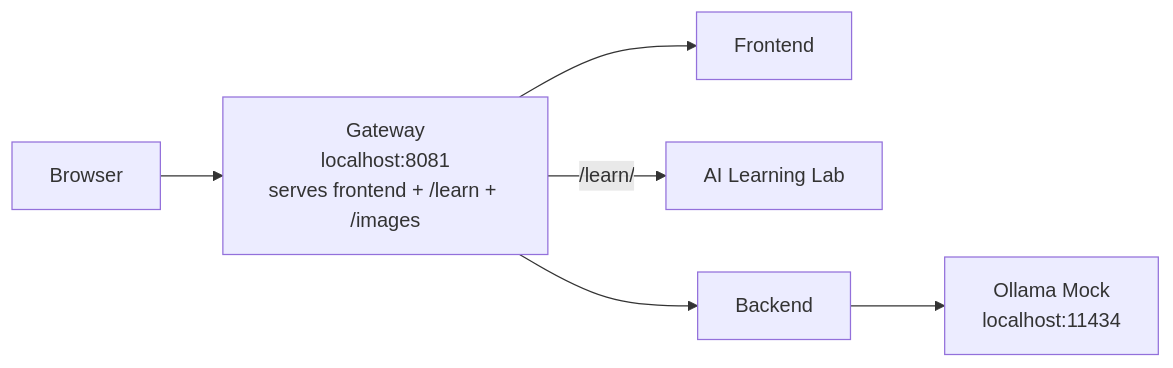
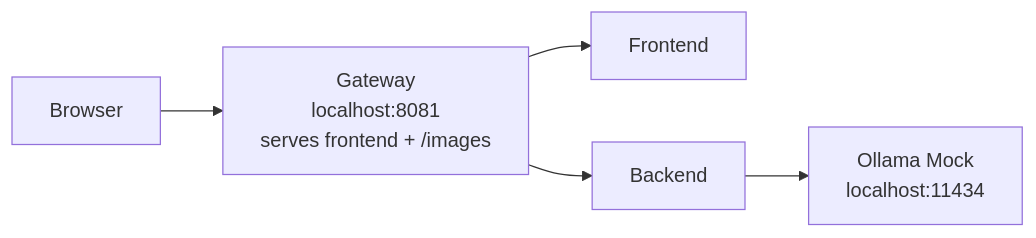
The diagram in docs/STUDENT_GUIDE.md (slawekradzyminski/awesome-localstack), drawn with Mermaid before and after one commit. The commit also changed other lines of this file and 44 other files, not shown here.

First line of the commit message:
Retire standalone AI Learning Lab (#34)

````diff
--- a/docs/STUDENT_GUIDE.md
+++ b/docs/STUDENT_GUIDE.md
@@ -37,15 +35,13 @@
 ```mermaid
 flowchart LR
     U[Browser]
-    G[Gateway<br/>localhost:8081<br/>serves frontend + /learn + /images]
+    G[Gateway<br/>localhost:8081<br/>serves frontend + /images]
     F[Frontend]
-    L[AI Learning Lab]
     B[Backend]
     O[Ollama Mock<br/>localhost:11434]
 
     U --> G
     G --> F
-    G -->|/learn/| L
     G --> B
     B --> O
 ```
````
